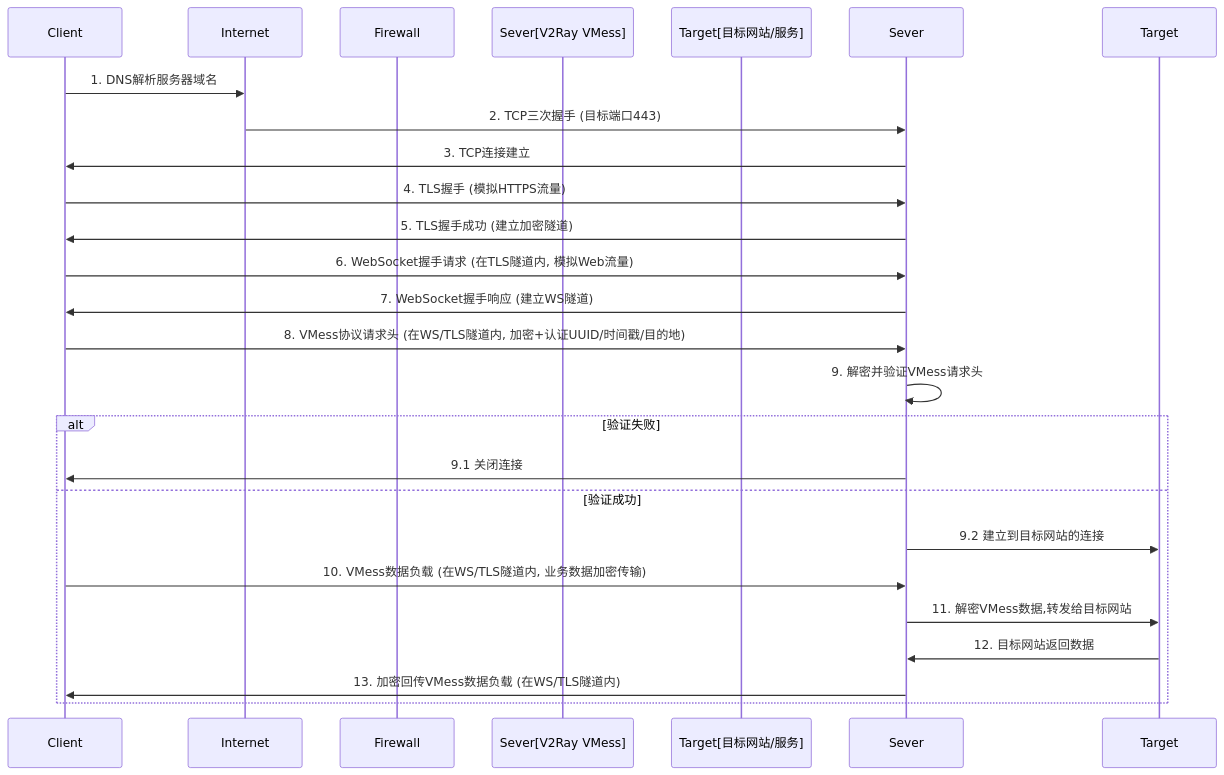
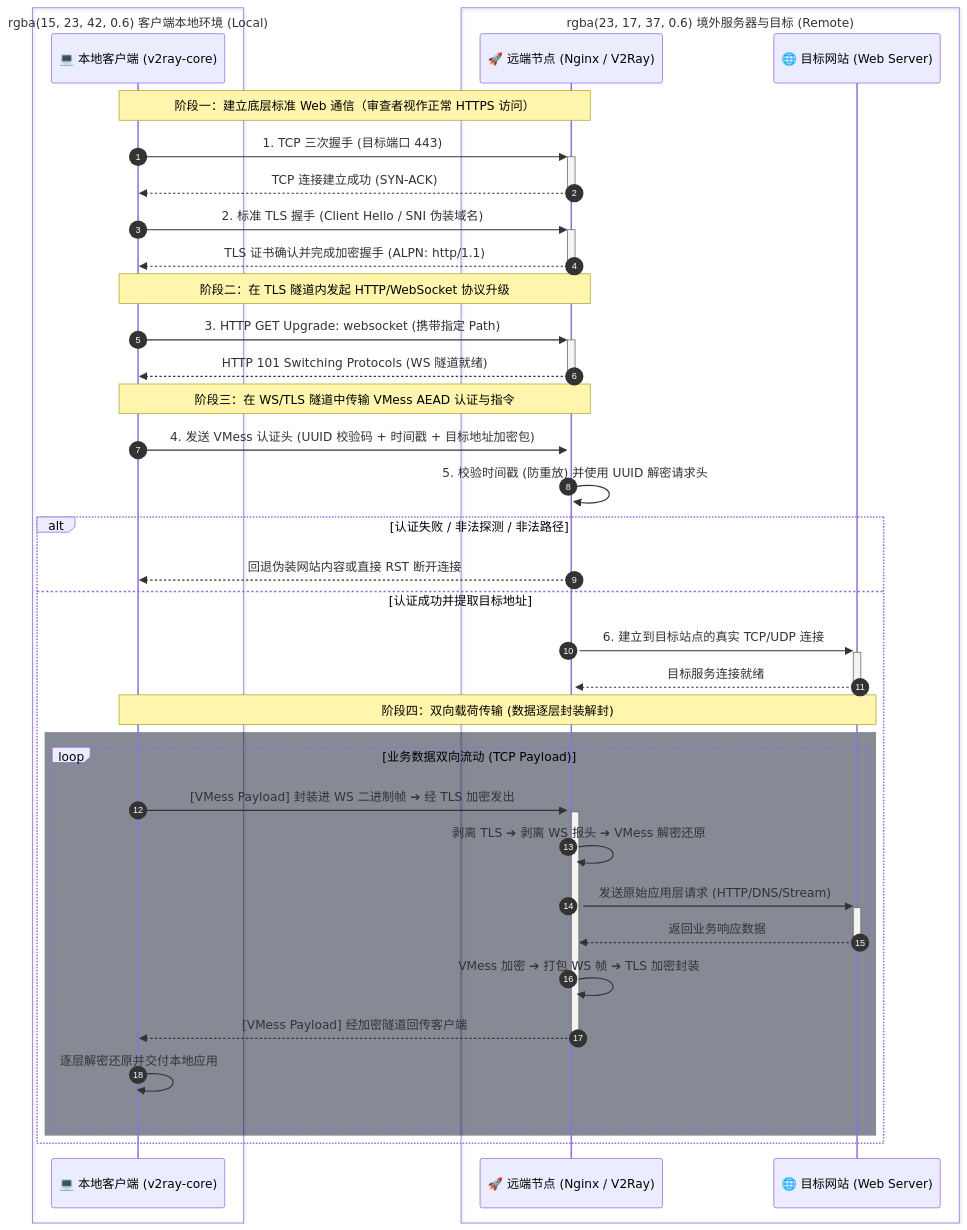
One commit to teatang/t-blog changed the diagram in source/_posts/2023/2023-09-27_VMess协议详解：V2Ray核心加密代理协议.md. Above: the diagram before and after it, drawn with Mermaid. The commit also changed 11 other files, not shown here.

```diff
--- a/source/_posts/2023/2023-09-27_VMess协议详解：V2Ray核心加密代理协议.md
+++ b/source/_posts/2023/2023-09-27_VMess协议详解：V2Ray核心加密代理协议.md
@@ -91,27 +91,53 @@
 {% mermaid %}
 sequenceDiagram
-    participant Client
-    participant Internet
-    participant Firewall
-    participant Sever[V2Ray VMess]
-    participant Target[目标网站/服务]
+    autonumber
 
-    Client->>Internet: 1. DNS解析服务器域名
-    Internet->>Sever: 2. TCP三次握手 (目标端口443)
-    Sever->>Client: 3. TCP连接建立
-    Client->>Sever: 4. TLS握手 (模拟HTTPS流量)
-    Sever->>Client: 5. TLS握手成功 (建立加密隧道)
-    Client->>Sever: 6. WebSocket握手请求 (在TLS隧道内, 模拟Web流量)
-    Sever->>Client: 7. WebSocket握手响应 (建立WS隧道)
-    Client->>Sever: 8. VMess协议请求头 (在WS/TLS隧道内, 加密+认证UUID/时间戳/目的地)
-    Sever->>Sever: 9. 解密并验证VMess请求头
-    alt 验证失败
-        Sever->>Client: 9.1 关闭连接
-    else 验证成功
-        Sever->>Target: 9.2 建立到目标网站的连接
-        Client->>Sever: 10. VMess数据负载 (在WS/TLS隧道内, 业务数据加密传输)
-        Sever->>Target: 11. 解密VMess数据,转发给目标网站
-        Target->>Sever: 12. 目标网站返回数据
-        Sever->>Client: 13. 加密回传VMess数据负载 (在WS/TLS隧道内)
+    box rgba(15, 23, 42, 0.6) 客户端本地环境 (Local)
+        participant Client as 💻 本地客户端 (v2ray-core)
+    end
+
+    box rgba(23, 17, 37, 0.6) 境外服务器与目标 (Remote)
+        participant Server as 🚀 远端节点 (Nginx / V2Ray)
+        participant Target as 🌐 目标网站 (Web Server)
+    end
+
+    %% 阶段 1: 传输层与 TLS 伪装隧道
+    Note over Client,Server: 阶段一：建立底层标准 Web 通信（审查者视作正常 HTTPS 访问）
+    Client->>+Server: 1. TCP 三次握手 (目标端口 443)
+    Server-->>-Client: TCP 连接建立成功 (SYN-ACK)
+
+    Client->>+Server: 2. 标准 TLS 握手 (Client Hello / SNI 伪装域名)
+    Server-->>-Client: TLS 证书确认并完成加密握手 (ALPN: http/1.1)
+
+    %% 阶段 2: 协议升格为 WebSocket
+    Note over Client,Server: 阶段二：在 TLS 隧道内发起 HTTP/WebSocket 协议升级
+    Client->>+Server: 3. HTTP GET Upgrade: websocket (携带指定 Path)
+    Server-->>-Client: HTTP 101 Switching Protocols (WS 隧道就绪)
+
+    %% 阶段 3: VMess 认证握手与中继
+    Note over Client,Server: 阶段三：在 WS/TLS 隧道中传输 VMess AEAD 认证与指令
+    Client->>+Server: 4. 发送 VMess 认证头 (UUID 校验码 + 时间戳 + 目标地址加密包)
+    Server->>Server: 5. 校验时间戳 (防重放) 并使用 UUID 解密请求头
+
+    alt 认证失败 / 非法探测 / 非法路径
+        Server-->>Client: 回退伪装网站内容或直接 RST 断开连接
+    else 认证成功并提取目标地址
+        Server->>+Target: 6. 建立到目标站点的真实 TCP/UDP 连接
+        Target-->>-Server: 目标服务连接就绪
+        
+        %% 阶段 4: 双向加密数据流
+        Note over Client,Target: 阶段四：双向载荷传输 (数据逐层封装解封)
+        rect rgba(15, 23, 42, 0.5)
+            loop 业务数据双向流动 (TCP Payload)
+                Client->>+Server: [VMess Payload] 封装进 WS 二进制帧 ➔ 经 TLS 加密发出
+                Server->>Server: 剥离 TLS ➔ 剥离 WS 报头 ➔ VMess 解密还原
+                Server->>+Target: 发送原始应用层请求 (HTTP/DNS/Stream)
+
+                Target-->>-Server: 返回业务响应数据
+                Server->>Server: VMess 加密 ➔ 打包 WS 帧 ➔ TLS 加密封装
+                Server-->>-Client: [VMess Payload] 经加密隧道回传客户端
+                Client->>Client: 逐层解密还原并交付本地应用
+            end
+        end
     end
 {% endmermaid %}
```
